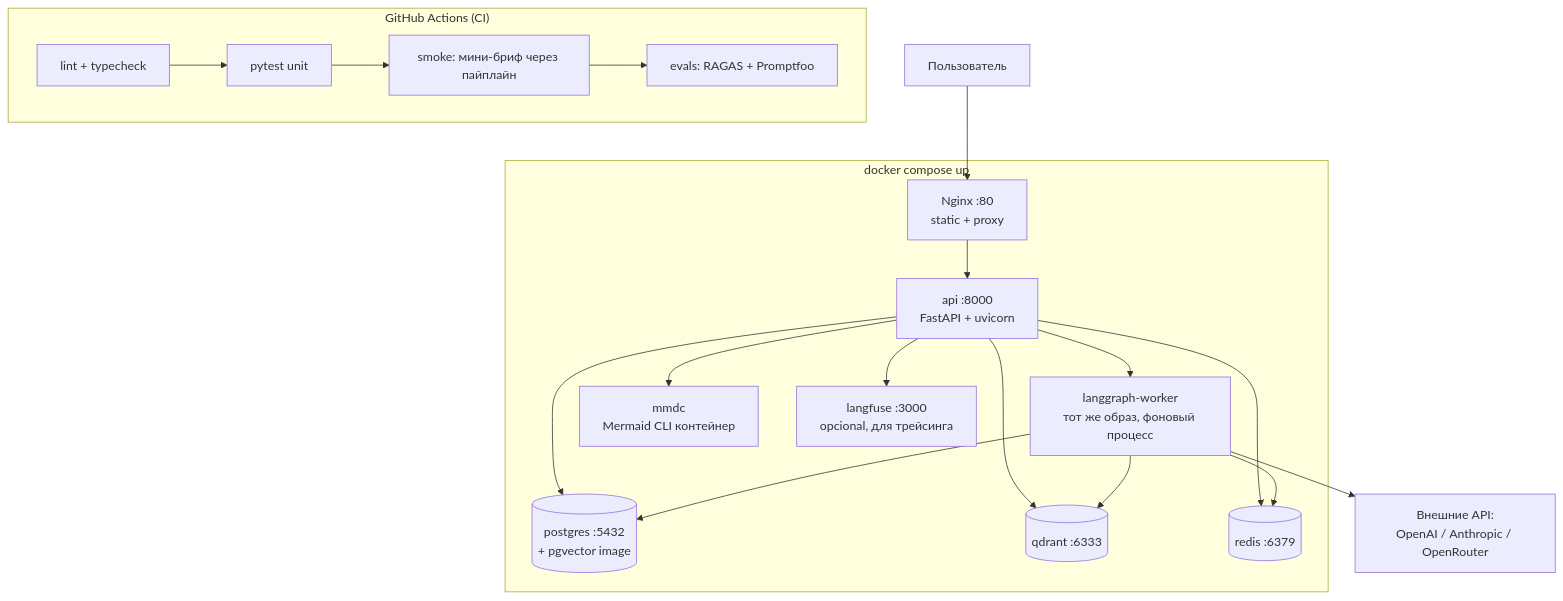
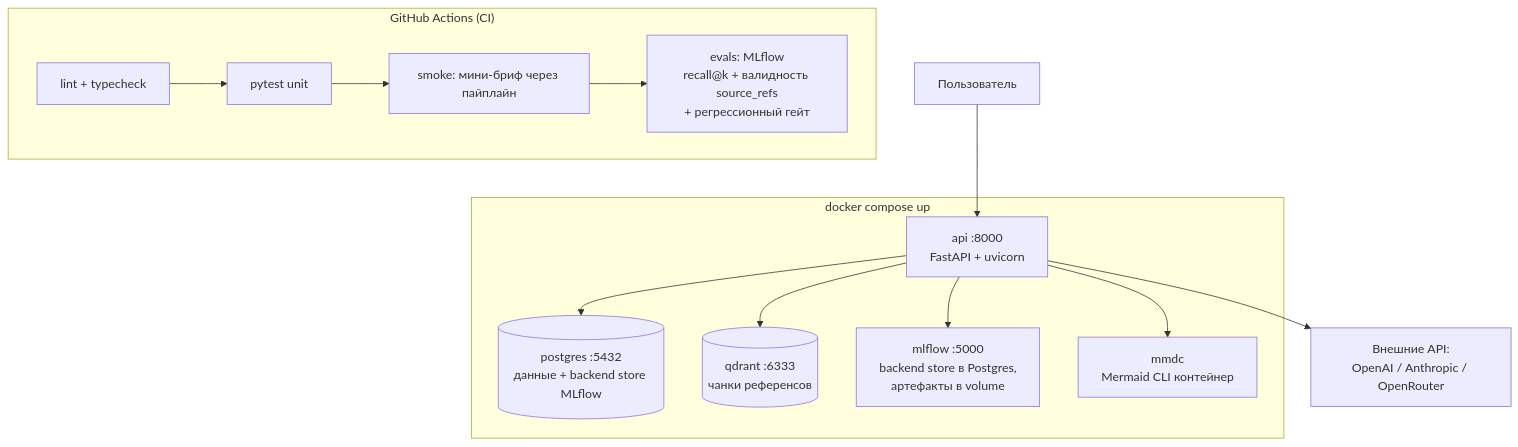
Before and after one commit to kostIT13/ai-agent-create-educational-programs: the diagram in diagrams/deployment.mmd, drawn with Mermaid. The commit also changed 12 other files, not shown here.

Commit message:
update diagrams: add new pipeline, mcp, observability

```diff
--- a/diagrams/deployment.mmd
+++ b/diagrams/deployment.mmd
@@ -1,27 +1,21 @@
 %% ============================================================
 %% Диаграмма 8: Деплой (docker-compose) — локальная dev-среда
 %% ============================================================
 flowchart TB
-    U[Пользователь] --> NG[Nginx :80<br/>static + proxy]
+    U[Пользователь] --> API[api :8000<br/>FastAPI + uvicorn]
 
     subgraph DOCKER["docker compose up"]
-        NG --> API[api :8000<br/>FastAPI + uvicorn]
-        API --> LG[langgraph-worker<br/>тот же образ, фоновый процесс]
-        API --> PG[(postgres :5432<br/>+ pgvector image)]
-        API --> QD[(qdrant :6333)]
-        API --> RD[(redis :6379)]
+        API --> PG[(postgres :5432<br/>данные + backend store MLflow)]
+        API --> QD[(qdrant :6333<br/>чанки референсов)]
+        API --> MLF[mlflow :5000<br/>backend store в Postgres,<br/>артефакты в volume]
         API --> MMDC[mmdc<br/>Mermaid CLI контейнер]
-        API --> LFU[langfuse :3000<br/>opcional, для трейсинга]
     end
 
-    LG --> PG
-    LG --> QD
-    LG --> RD
-    LG --> LLM[Внешние API:<br/>OpenAI / Anthropic / OpenRouter]
+    API --> LLM[Внешние API:<br/>OpenAI / Anthropic / OpenRouter]
 
     subgraph CI["GitHub Actions (CI)"]
         direction LR
         LINT[lint + typecheck] --> TEST[pytest unit]
         TEST --> SMOKE[smoke: мини-бриф через пайплайн]
-        SMOKE --> EVAL[evals: RAGAS + Promptfoo]
+        SMOKE --> EVAL[evals: MLflow<br/>recall@k + валидность source_refs<br/>+ регрессионный гейт]
     end
```
